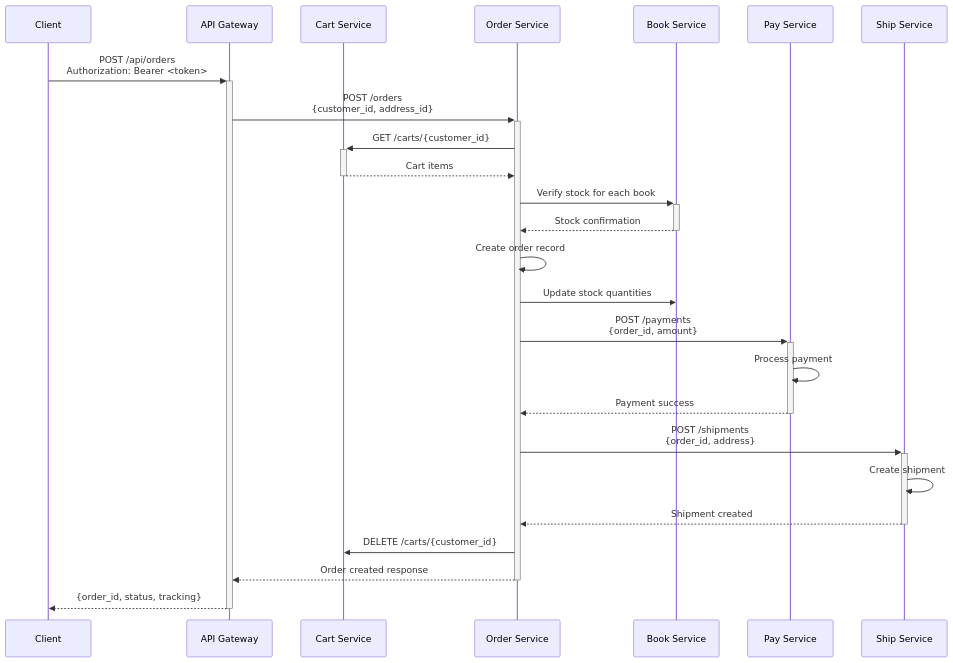
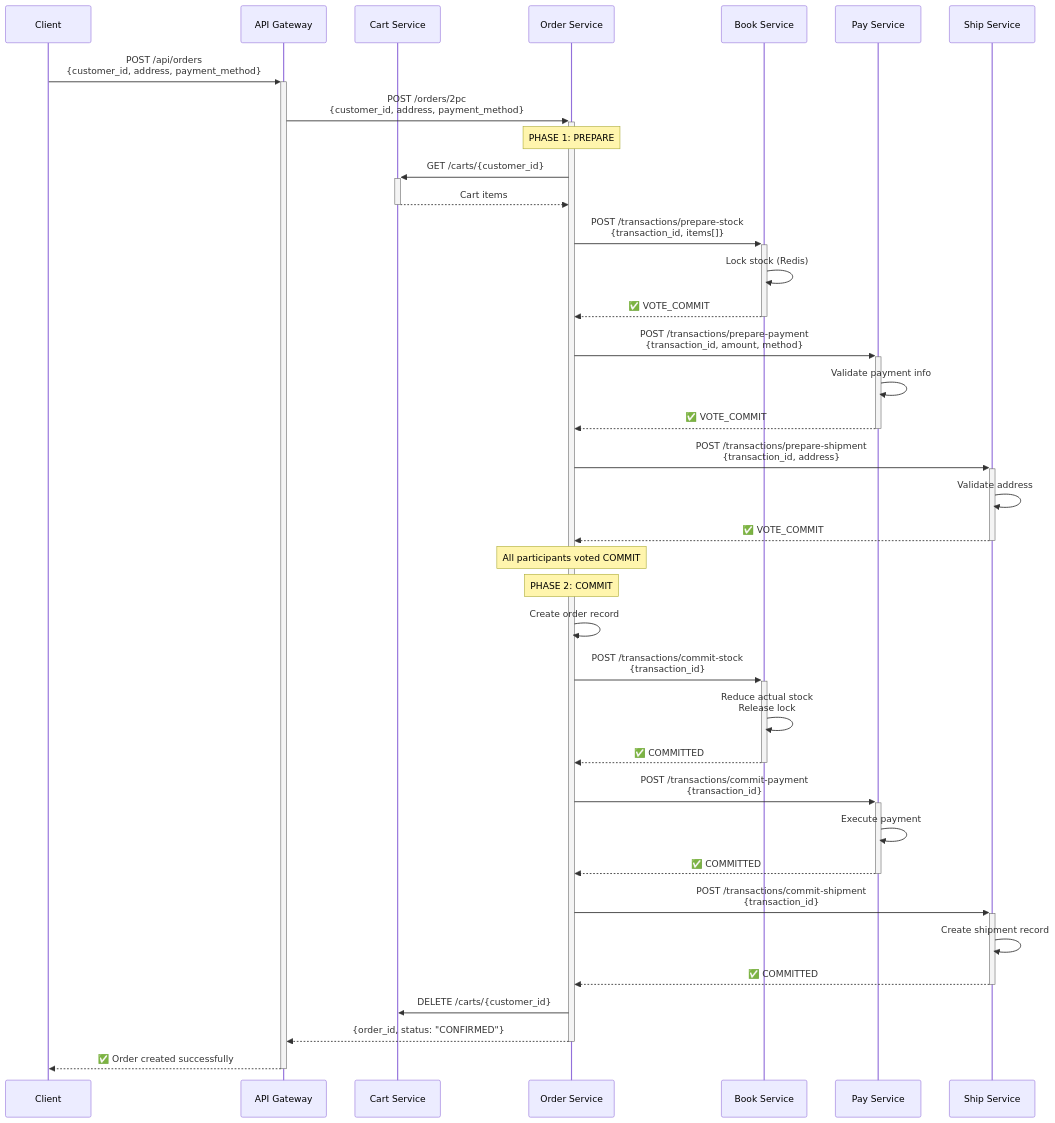
Before and after one commit to ttvKieran/bookstore-microservices: the third of 16 diagrams in docs/architecture-diagrams.md, drawn with Mermaid. The commit also changed other lines of this file and 84 other files, not shown here.

````diff
--- a/docs/architecture-diagrams.md
+++ b/docs/architecture-diagrams.md
@@ -123,35 +125,51 @@
 ```mermaid
 sequenceDiagram
     participant Client
     participant Gateway as API Gateway
     participant Cart as Cart Service
     participant Order as Order Service
     participant Book as Book Service
     participant Pay as Pay Service
     participant Ship as Ship Service
     
-    Client->>+Gateway: POST /api/orders<br/>Authorization: Bearer <token>
-    Gateway->>+Order: POST /orders<br/>{customer_id, address_id}
+    Client->>+Gateway: POST /api/orders<br/>{customer_id, address, payment_method}
+    Gateway->>+Order: POST /orders/2pc<br/>{customer_id, address, payment_method}
     
+    Note over Order: PHASE 1: PREPARE
     Order->>+Cart: GET /carts/{customer_id}
     Cart-->>-Order: Cart items
     
-    Order->>+Book: Verify stock for each book
-    Book-->>-Order: Stock confirmation
+    Order->>+Book: POST /transactions/prepare-stock<br/>{transaction_id, items[]}
+    Book->>Book: Lock stock (Redis)
+    Book-->>-Order: ✅ VOTE_COMMIT
+    
+    Order->>+Pay: POST /transactions/prepare-payment<br/>{transaction_id, amount, method}
+    Pay->>Pay: Validate payment info
+    Pay-->>-Order: ✅ VOTE_COMMIT
+    
+    Order->>+Ship: POST /transactions/prepare-shipment<br/>{transaction_id, address}
+    Ship->>Ship: Validate address
+    Ship-->>-Order: ✅ VOTE_COMMIT
+    
+    Note over Order: All participants voted COMMIT
+    Note over Order: PHASE 2: COMMIT
     
     Order->>Order: Create order record
-    Order->>Book: Update stock quantities
     
-    Order->>+Pay: POST /payments<br/>{order_id, amount}
-    Pay->>Pay: Process payment
-    Pay-->>-Order: Payment success
+    Order->>+Book: POST /transactions/commit-stock<br/>{transaction_id}
+    Book->>Book: Reduce actual stock<br/>Release lock
+    Book-->>-Order: ✅ COMMITTED
     
-    Order->>+Ship: POST /shipments<br/>{order_id, address}
-    Ship->>Ship: Create shipment
-    Ship-->>-Order: Shipment created
+    Order->>+Pay: POST /transactions/commit-payment<br/>{transaction_id}
+    Pay->>Pay: Execute payment
+    Pay-->>-Order: ✅ COMMITTED
+    
+    Order->>+Ship: POST /transactions/commit-shipment<br/>{transaction_id}
+    Ship->>Ship: Create shipment record
+    Ship-->>-Order: ✅ COMMITTED
     
     Order->>Cart: DELETE /carts/{customer_id}
     
-    Order-->>-Gateway: Order created response
-    Gateway-->>-Client: {order_id, status, tracking}
+    Order-->>-Gateway: {order_id, status: "CONFIRMED"}
+    Gateway-->>-Client: ✅ Order created successfully
 ```
````
